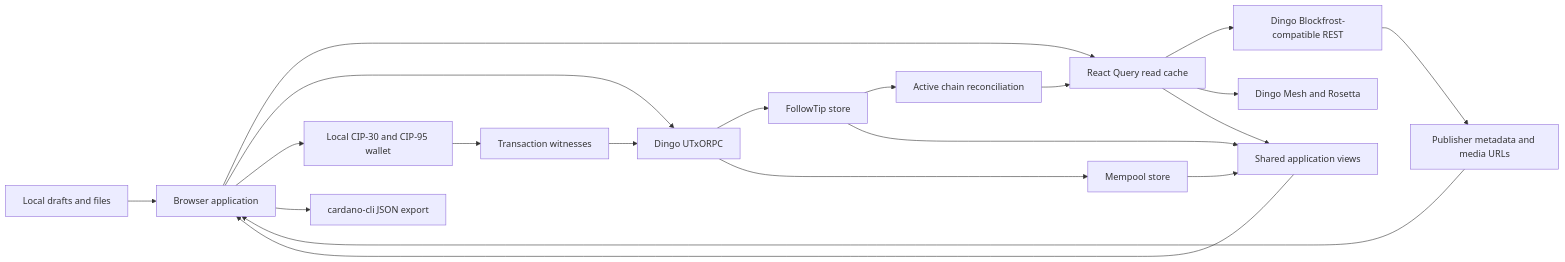
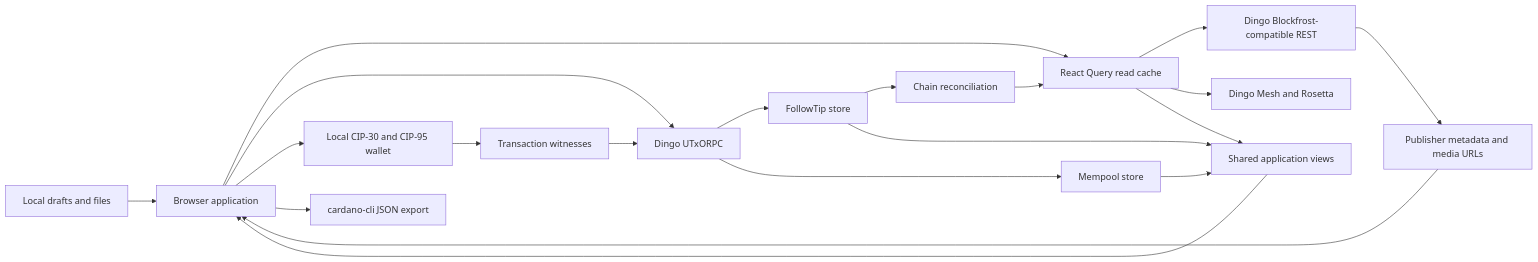
The fourth of 4 diagrams in docs/application-flows.md (blinklabs-io/demo), drawn with Mermaid before and after one commit. The commit also changed other lines of this file and 70 other files, not shown here.

````diff
--- a/docs/application-flows.md
+++ b/docs/application-flows.md
@@ -150,23 +162,23 @@
 ```mermaid
 flowchart LR
   Browser[Browser application]
   Forms[Local drafts and files] --> Browser
   Browser --> Cache[React Query read cache]
   Cache --> REST[Dingo Blockfrost-compatible REST]
   Cache --> Mesh[Dingo Mesh and Rosetta]
   Browser --> RPC[Dingo UTxORPC]
   RPC --> Tip[FollowTip store]
   RPC --> Mempool[Mempool store]
-  Tip --> Reconcile[Active chain reconciliation]
+  Tip --> Reconcile[Chain reconciliation]
   Reconcile --> Cache
   Tip --> Views[Shared application views]
   Mempool --> Views
   Cache --> Views
   Views --> Browser
   Browser --> Wallet[Local CIP-30 and CIP-95 wallet]
   Wallet --> Signed[Transaction witnesses]
   Signed --> RPC
   REST --> Media[Publisher metadata and media URLs]
   Media --> Browser
   Browser --> Export[cardano-cli JSON export]
 ```
````
